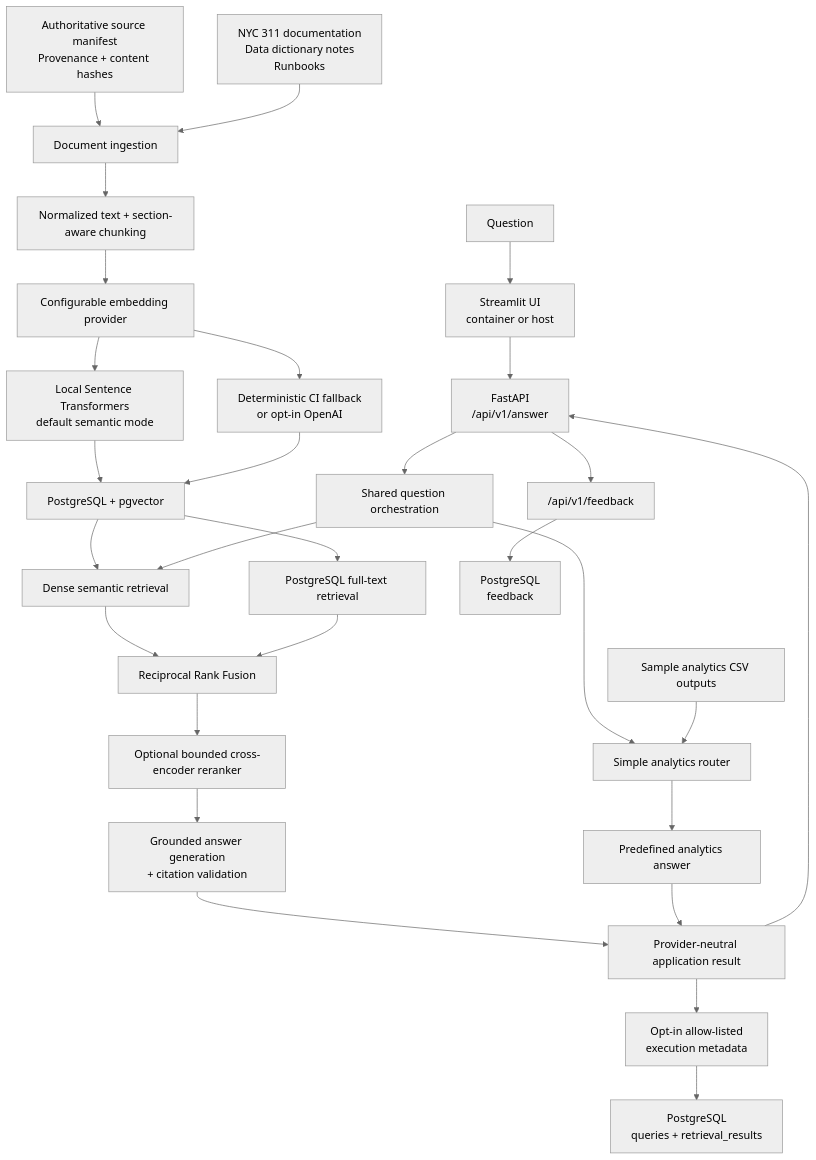
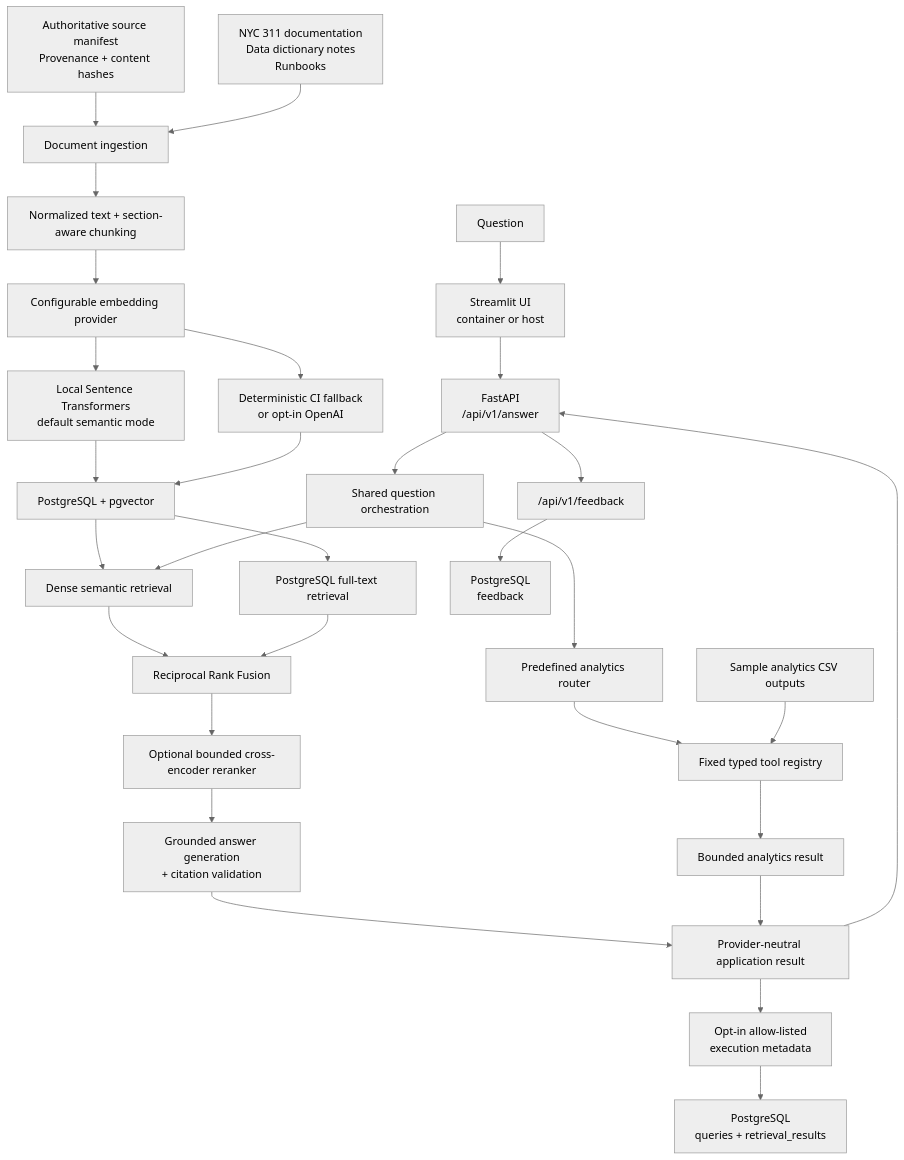
Before and after one commit to rihua-tech/civiclens-rag-nyc311: the diagram in docs/architecture.md, drawn with Mermaid (neutral theme). The commit also changed other lines of this file and 9 other files, not shown here.

Commit message:
Add safe typed analytics tools

````diff
--- a/docs/architecture.md
+++ b/docs/architecture.md
@@ -3,37 +3,38 @@
 ```mermaid
 flowchart TD
     question["Question"]
     docs["NYC 311 documentation<br/>Data dictionary notes<br/>Runbooks"]
     manifest["Authoritative source manifest<br/>Provenance + content hashes"]
     samples["Sample analytics CSV outputs"]
 
     manifest --> ingestion
     docs --> ingestion["Document ingestion"]
     ingestion --> chunking["Normalized text + section-aware chunking"]
     chunking --> provider["Configurable embedding provider"]
     provider --> semantic["Local Sentence Transformers<br/>default semantic mode"]
     provider --> fallback["Deterministic CI fallback<br/>or opt-in OpenAI"]
     semantic --> pgvector["PostgreSQL + pgvector"]
     fallback --> pgvector
     pgvector --> dense["Dense semantic retrieval"]
     pgvector --> lexical["PostgreSQL full-text retrieval"]
     dense --> rrf["Reciprocal Rank Fusion"]
     lexical --> rrf
     rrf --> reranker["Optional bounded cross-encoder reranker"]
     reranker --> answer["Grounded answer generation<br/>+ citation validation"]
 
     question --> ui["Streamlit UI<br/>container or host"]
     ui --> api["FastAPI<br/>/api/v1/answer"]
     api --> orchestrator["Shared question orchestration"]
     orchestrator --> dense
-    orchestrator --> router["Simple analytics router"]
-    samples --> router
-    router --> analyticsAnswer["Predefined analytics answer"]
+    orchestrator --> analyticsRouter["Predefined analytics router"]
+    analyticsRouter --> analyticsRegistry["Fixed typed tool registry"]
+    samples --> analyticsRegistry
+    analyticsRegistry --> analyticsAnswer["Bounded analytics result"]
     answer --> result["Provider-neutral application result"]
     analyticsAnswer --> result
     result --> api
     result --> observation["Opt-in allow-listed<br/>execution metadata"]
     observation --> postgresLogs["PostgreSQL<br/>queries + retrieval_results"]
     api --> feedback["/api/v1/feedback"]
     feedback --> postgresFeedback["PostgreSQL<br/>feedback"]
 ```
````
